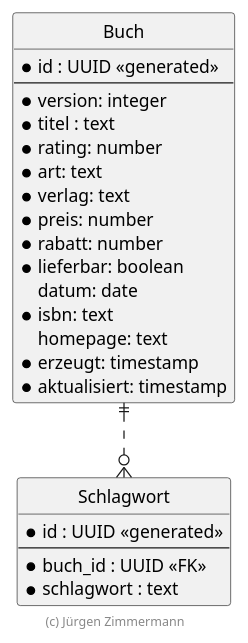
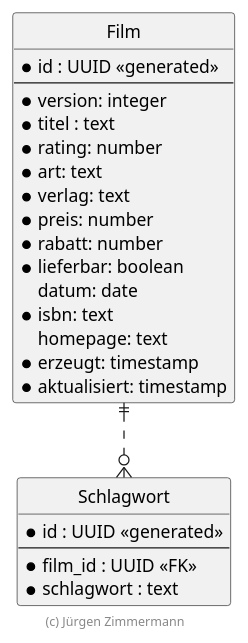
The diagram in .extras/doc/entwicklerhandbuch/ER-Diagramm.plantuml (Yuszi/Film), drawn with PlantUML before and after one commit. The commit also changed 8 other files, not shown here.

```diff
--- a/.extras/doc/entwicklerhandbuch/ER-Diagramm.plantuml
+++ b/.extras/doc/entwicklerhandbuch/ER-Diagramm.plantuml
@@ -18,38 +18,38 @@
 @startuml ER Diagramm
 
 ' hide the spot
 hide circle
 
 ' evtl. Prbleme mit Kraehenfuessen vermeiden
 skinparam linetype ortho
 
-entity "Buch" {
+entity "Film" {
   *id : UUID <<generated>>
   --
   *version: integer
   *titel : text
   *rating: number
   *art: text
   *verlag: text
   *preis: number
   *rabatt: number
   *lieferbar: boolean
   datum: date
   *isbn: text
   homepage: text
   *erzeugt: timestamp
   *aktualisiert: timestamp
 }
 
 entity "Schlagwort" {
   *id : UUID <<generated>>
   --
-  *buch_id : UUID <<FK>>
+  *film_id : UUID <<FK>>
   *schlagwort : text
 }
 
-Buch ||..o{ Schlagwort
+Film ||..o{ Schlagwort
 
 footer (c) Jürgen Zimmermann
 
 @enduml
```
